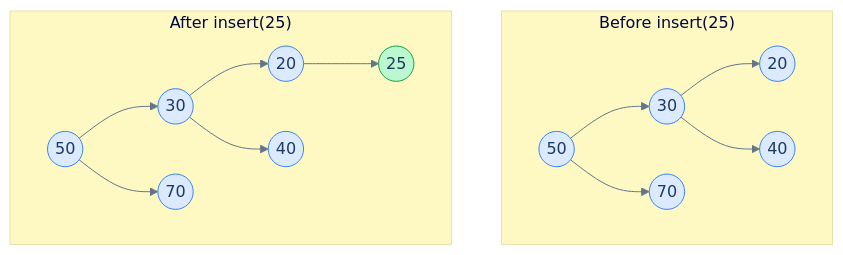
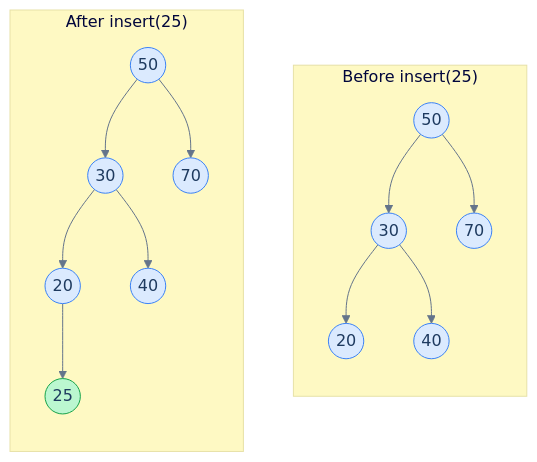
The second of 3 diagrams in src/computer-science/DSA/data-structures/8.binary-search-tree/05-insertion-in-binary-search-trees.md (ani2fun/note-book), drawn with Mermaid before and after one commit. The commit also changed 4 other files, not shown here.

````diff
--- a/src/computer-science/DSA/data-structures/8.binary-search-tree/05-insertion-in-binary-search-trees.md
+++ b/src/computer-science/DSA/data-structures/8.binary-search-tree/05-insertion-in-binary-search-trees.md
@@ -70,39 +70,41 @@
 ```mermaid
 ---
 config:
   theme: base
   themeVariables:
     primaryColor: "#dbeafe"
     primaryBorderColor: "#3b82f6"
     primaryTextColor: "#1e3a5f"
     lineColor: "#64748b"
     secondaryColor: "#ede9fe"
     tertiaryColor: "#fef9c3"
 ---
 flowchart TB
     subgraph Before["Before insert(25)"]
+        direction TB
         R1((50))
         A1((30))
         B1((70))
         C1((20))
         D1((40))
         R1 --> A1
         R1 --> B1
         A1 --> C1
         A1 --> D1
     end
     subgraph After["After insert(25)"]
+        direction TB
         R2((50))
         A2((30))
         B2((70))
         C2((20))
         D2((40))
         E2((25))
         R2 --> A2
         R2 --> B2
         A2 --> C2
         A2 --> D2
         C2 --> E2
         style E2 fill:#bbf7d0,stroke:#16a34a
     end
 ```
````
